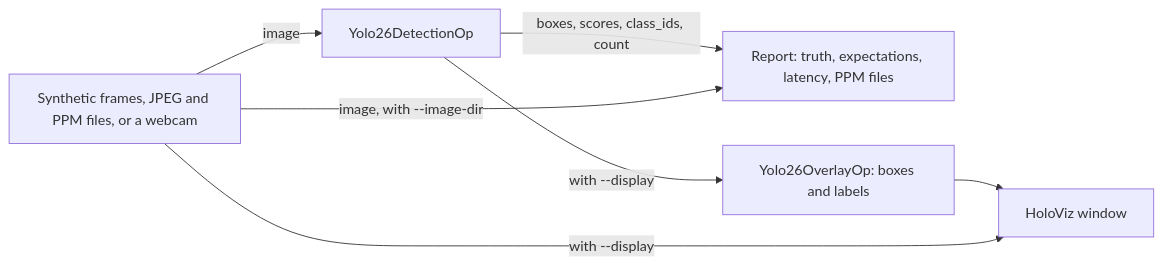
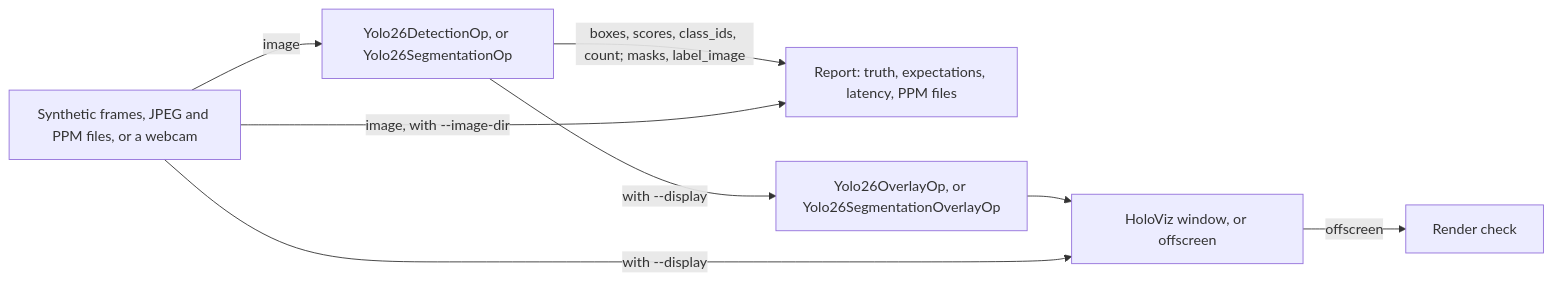
One commit to snknitheesh/holoscan-zozo-modules changed the diagram in applications/yolo26_detection/README.md. Above: the diagram before and after it, drawn with Mermaid. The commit also changed other lines of this file and 10 other files, not shown here.

First line of the commit message:
yolo26_detection: Add segmentation and offscreen renders

````diff
--- a/applications/yolo26_detection/README.md
+++ b/applications/yolo26_detection/README.md
@@ -19,8 +21,9 @@
 ```mermaid
 flowchart LR
-    S[Synthetic frames, JPEG and PPM files, or a webcam] -->|image| D[Yolo26DetectionOp]
-    D -->|boxes, scores, class_ids, count| R[Report: truth, expectations, latency, PPM files]
+    S[Synthetic frames, JPEG and PPM files, or a webcam] -->|image| D[Yolo26DetectionOp, or Yolo26SegmentationOp]
+    D -->|boxes, scores, class_ids, count; masks, label_image| R[Report: truth, expectations, latency, PPM files]
     S -->|image, with --image-dir| R
-    D -->|with --display| O[Yolo26OverlayOp: boxes and labels] --> V[HoloViz window]
+    D -->|with --display| O[Yolo26OverlayOp, or Yolo26SegmentationOverlayOp] --> V[HoloViz window, or offscreen]
     S -->|with --display| V
+    V -->|offscreen| C[Render check]
 ```
````
